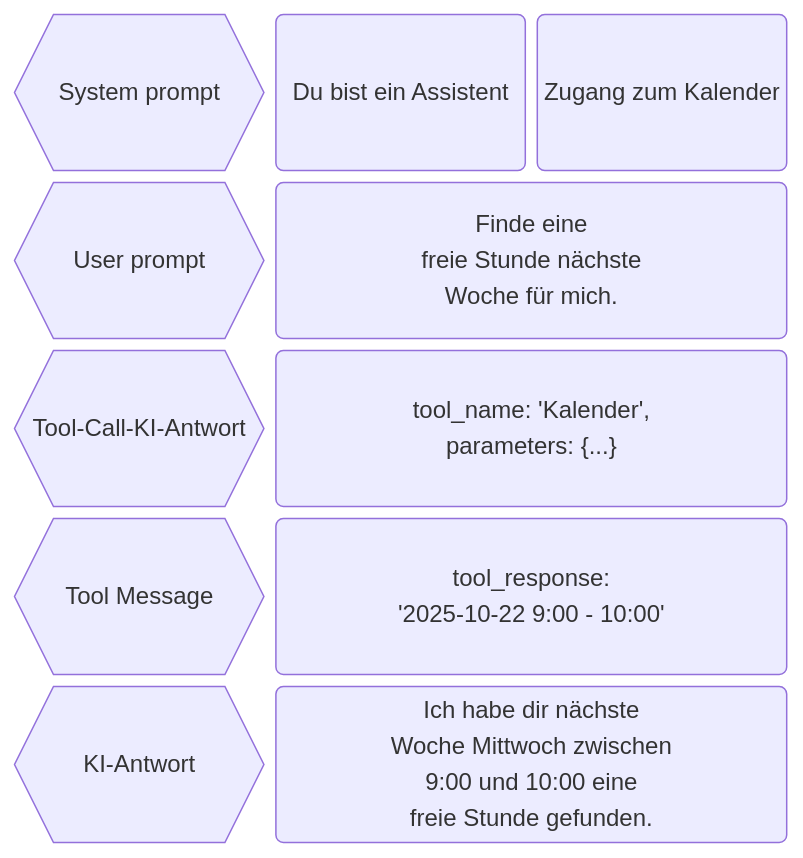
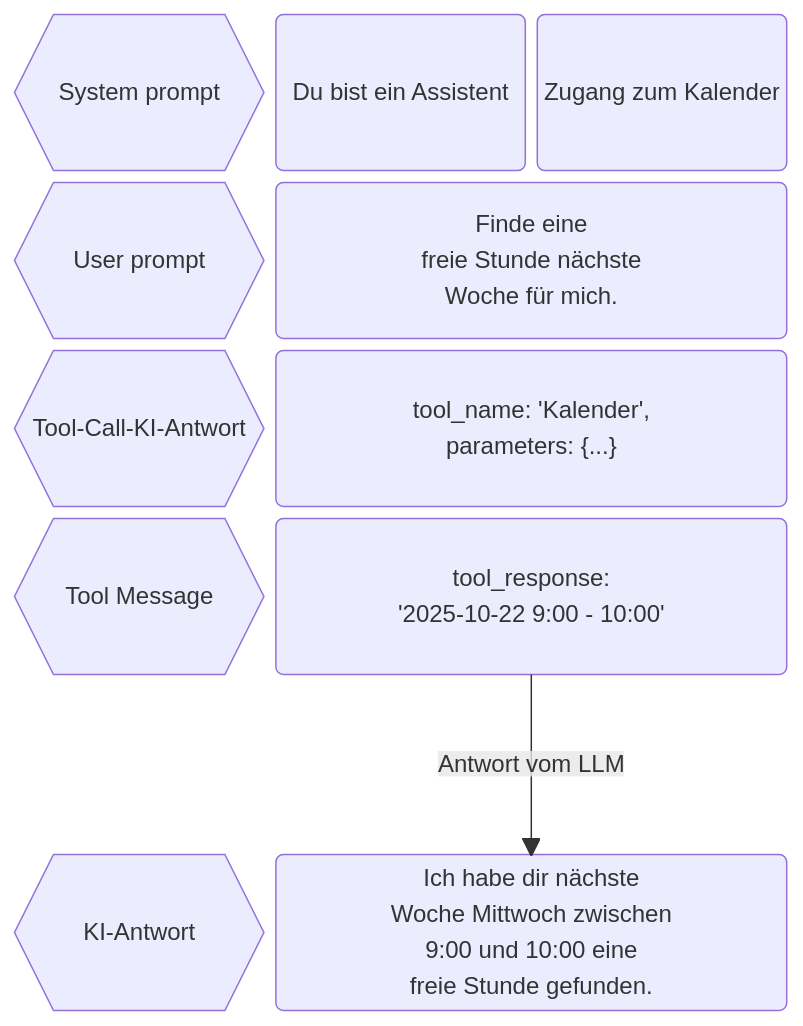
The eighth of 11 diagrams in slides.md (FausztBenedek/fcb-presentation-ki-workflow), drawn with Mermaid before and after one commit. The commit also changed other lines of this file and 1 other file, not shown here.

````diff
--- a/slides.md
+++ b/slides.md
@@ -623,20 +658,24 @@
 ```mermaid
 block
   columns 3
   label_system_prompt{{"System prompt"}}
 
   system_prompt("Du bist ein Assistent")
   tools("Zugang zum Kalender")
 
   label_user_prompt{{"User prompt"}}
   user_prompt("Finde eine\nfreie Stunde nächste\nWoche für mich."):2
 
   label_tool_call_request{{"Tool-Call-KI-Antwort"}}
   tool_call_request("tool_name: 'Kalender',\nparameters: {...}"):2
 
   label_tool_response{{"Tool Message"}}
   tool_response("tool_response: \n'2025-10-22 9:00 - 10:00'"):2
 
+  space:3
+
   label_ki_response{{"KI-Antwort"}}
   ki_response("Ich habe dir nächste\nWoche Mittwoch zwischen\n9:00 und 10:00 eine\nfreie Stunde gefunden."):2
+
+  tool_response -- "Antwort vom LLM" --> ki_response
 ```
````
